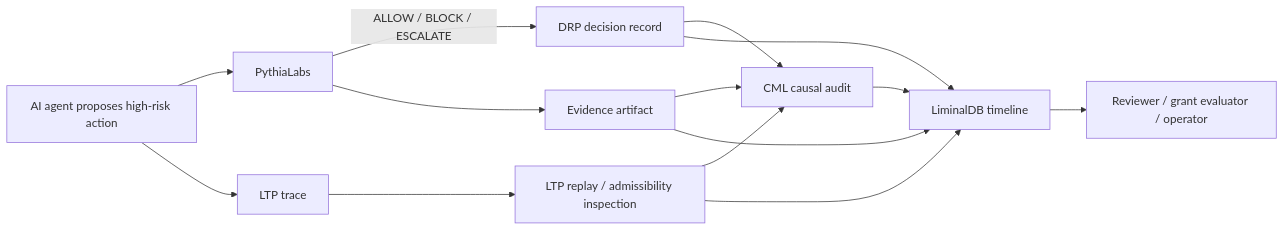
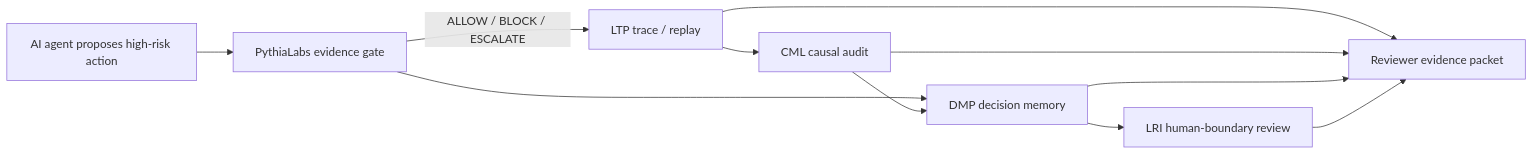
The diagram in docs/LIMINAL_EVIDENCE_STACK.md (safal207/pythiaLabs), drawn with Mermaid before and after one commit. The commit also changed other lines of this file, not shown here.

Commit message:
docs: refresh portfolio-level reviewer map

````diff
--- a/docs/LIMINAL_EVIDENCE_STACK.md
+++ b/docs/LIMINAL_EVIDENCE_STACK.md
@@ -40,16 +61,13 @@
 ```mermaid
 flowchart LR
-  A[AI agent proposes high-risk action] --> B[PythiaLabs]
-  B -->|ALLOW / BLOCK / ESCALATE| C[DRP decision record]
-  B --> D[Evidence artifact]
-  A --> E[LTP trace]
-  E --> F[LTP replay / admissibility inspection]
-  C --> G[CML causal audit]
+  A[AI agent proposes high-risk action] --> B[PythiaLabs evidence gate]
+  B -->|ALLOW / BLOCK / ESCALATE| C[LTP trace / replay]
+  C --> D[CML causal audit]
+  B --> E[DMP decision memory]
+  D --> E
+  E --> F[LRI human-boundary review]
+  C --> G[Reviewer evidence packet]
   D --> G
+  E --> G
   F --> G
-  C --> H[LiminalDB timeline]
-  D --> H
-  F --> H
-  G --> H
-  H --> I[Reviewer / grant evaluator / operator]
 ```
````
